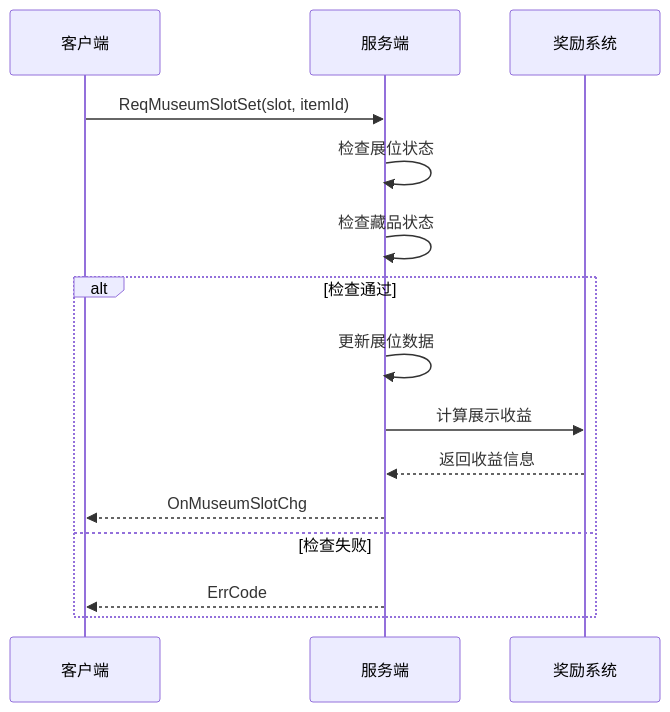
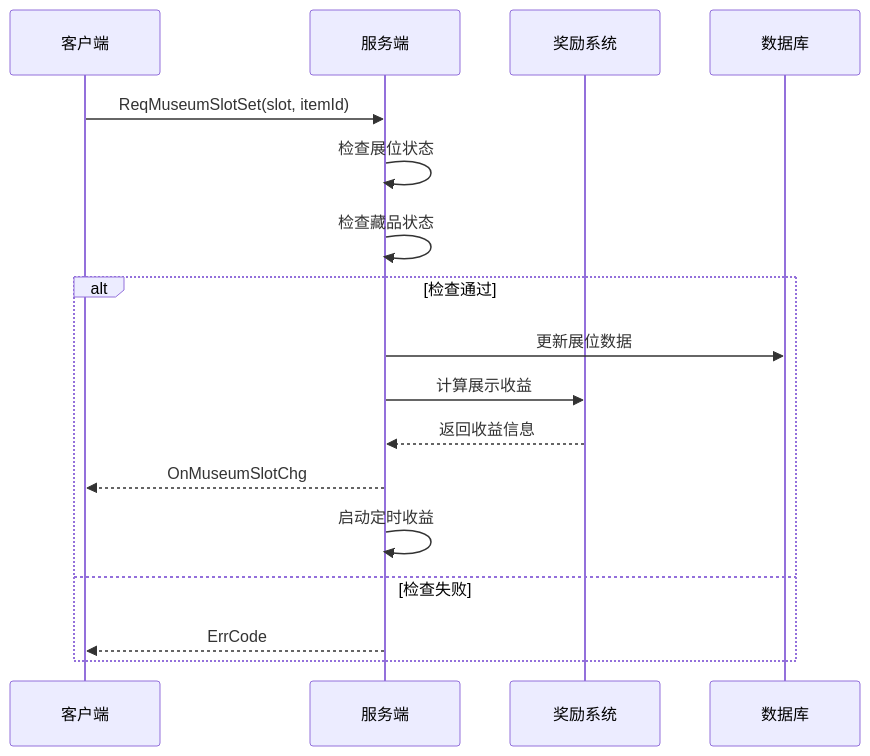
One commit to Alan-Ben/k2c_game_framework changed the eighth of 12 diagrams in docs/Module_Museum/02_协议文档.md. Above: the diagram before and after it, drawn with Mermaid. The commit also changed other lines of this file and 5 other files, not shown here.

````diff
--- a/docs/Module_Museum/02_协议文档.md
+++ b/docs/Module_Museum/02_协议文档.md
@@ -561,19 +864,21 @@
 ```mermaid
 sequenceDiagram
     participant Client as 客户端
     participant Server as 服务端
     participant Reward as 奖励系统
-    
+    participant DB as 数据库
+
     Client->>Server: ReqMuseumSlotSet(slot, itemId)
     Server->>Server: 检查展位状态
     Server->>Server: 检查藏品状态
-    
+
     alt 检查通过
-        Server->>Server: 更新展位数据
+        Server->>DB: 更新展位数据
         Server->>Reward: 计算展示收益
         Reward-->>Server: 返回收益信息
         Server-->>Client: OnMuseumSlotChg
+        Server->>Server: 启动定时收益
     else 检查失败
         Server-->>Client: ErrCode
     end
 ```
````
